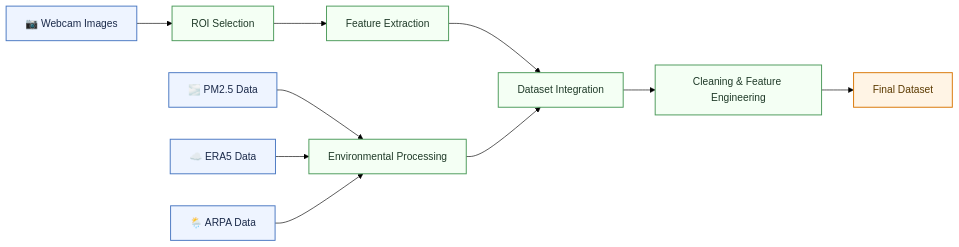
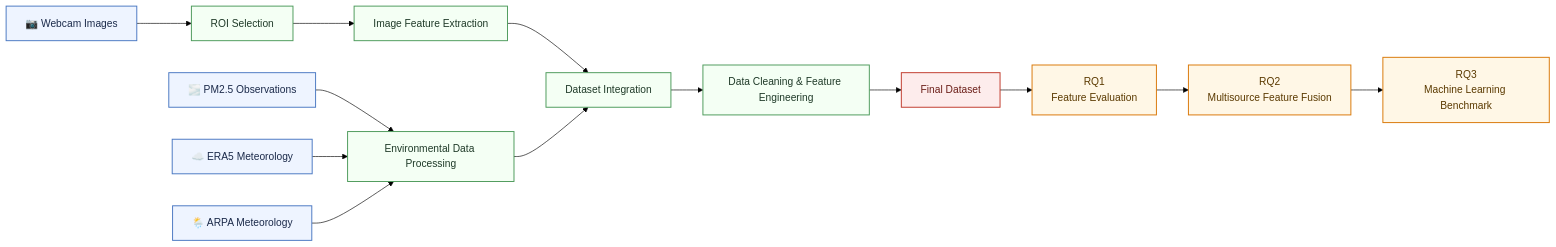
One commit to QingxuanTuo/webcam-pm25-toolbox changed the diagram in README.md. Above: the diagram before and after it, drawn with Mermaid (forest theme). The commit also changed other lines of this file, not shown here.

````diff
--- a/README.md
+++ b/README.md
@@ -20,41 +22,52 @@
 ```mermaid
 flowchart LR
 
     %% Data Sources
     A[📷 Webcam Images]
-    B[🌫️ PM2.5 Data]
-    C[☁️ ERA5 Data]
-    D[🌦️ ARPA Data]
+    B[🌫️ PM2.5 Observations]
+    C[☁️ ERA5 Meteorology]
+    D[🌦️ ARPA Meteorology]
 
-    %% Image Workflow
+    %% Image Processing
     E[ROI Selection]
-    F[Feature Extraction]
+    F[Image Feature Extraction]
 
-    %% Processing
-    G[Environmental Processing]
+    %% Environmental Processing
+    G[Environmental Data Processing]
 
-    %% Integration
+    %% Dataset Construction
     H[Dataset Integration]
-    I[Cleaning & Feature Engineering]
+    I[Data Cleaning & Feature Engineering]
     J[Final Dataset]
+
+    %% Research Workflow
+    K[RQ1<br/>Feature Evaluation]
+    L[RQ2<br/>Multisource Feature Fusion]
+    M[RQ3<br/>Machine Learning Benchmark]
 
     %% Connections
     A --> E --> F --> H
 
     B --> G
     C --> G
     D --> G
 
     G --> H
 
     H --> I --> J
 
+    J --> K
+    K --> L
+    L --> M
+
     %% Styling
     classDef source fill:#EEF4FF,stroke:#4A78C2,color:#1B2A4A,stroke-width:1.5px;
     classDef process fill:#F4FFF4,stroke:#4C9A5A,color:#1F3A28,stroke-width:1.5px;
-    classDef output fill:#FFF4E5,stroke:#D97706,color:#5B3A00,stroke-width:1.5px;
+    classDef research fill:#FFF7E6,stroke:#D97706,color:#5B3A00,stroke-width:1.5px;
+    classDef output fill:#FDECEC,stroke:#C0392B,color:#6B1E18,stroke-width:1.5px;
 
     class A,B,C,D source;
     class E,F,G,H,I process;
+    class K,L,M research;
     class J output;
 ```
````
